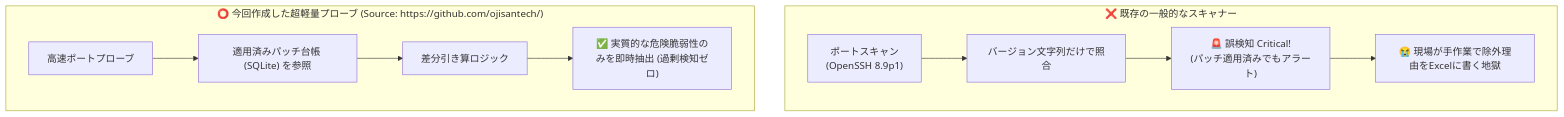
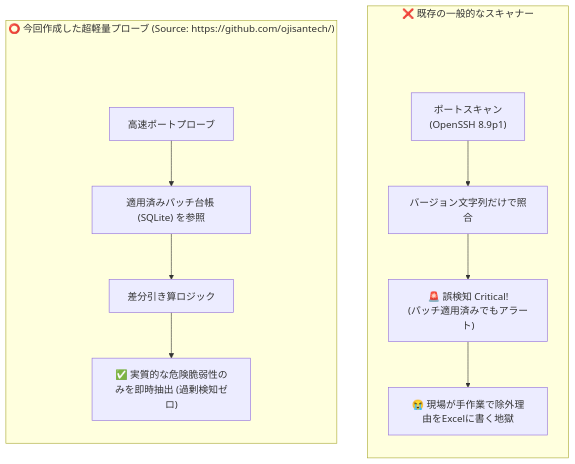
Before and after one commit to ojisantech/ojisan-arsenal: the second of 2 diagrams in QIITA_ARTICLE_DETAIL_1.md, drawn with Mermaid. The commit also changed other lines of this file, not shown here.

Commit message:
fix(mermaid): add invisible spacers to DETAIL_1.md diagrams to prevent title overlaps

````diff
--- a/QIITA_ARTICLE_DETAIL_1.md
+++ b/QIITA_ARTICLE_DETAIL_1.md
@@ -53,14 +56,20 @@
 ```mermaid
 flowchart TD
     subgraph Bad ["❌ 既存の一般的なスキャナー"]
+        direction TB
+        spacer_bad[" "] ~~~ T1
+        style spacer_bad fill:none,stroke:none;
         T1["ポートスキャン<br/>(OpenSSH 8.9p1)"] --> T2["バージョン文字列だけで照合"]
         T2 --> T3["🚨 誤検知 Critical!<br/>(パッチ適用済みでもアラート)"]
         T3 --> T4["😭 現場が手作業で除外理由をExcelに書く地獄"]
     end
 
     subgraph Good ["⭕ 今回作成した超軽量プローブ (Source: https://github.com/ojisantech/)"]
+        direction TB
+        spacer_good[" "] ~~~ G1
+        style spacer_good fill:none,stroke:none;
         G1["高速ポートプローブ"] --> G2["適用済みパッチ台帳 (SQLite) を参照"]
         G2 --> G3["差分引き算ロジック"]
         G3 --> G4["✅ 実質的な危険脆弱性のみを即時抽出 (過剰検知ゼロ)"]
     end
 ```
````
